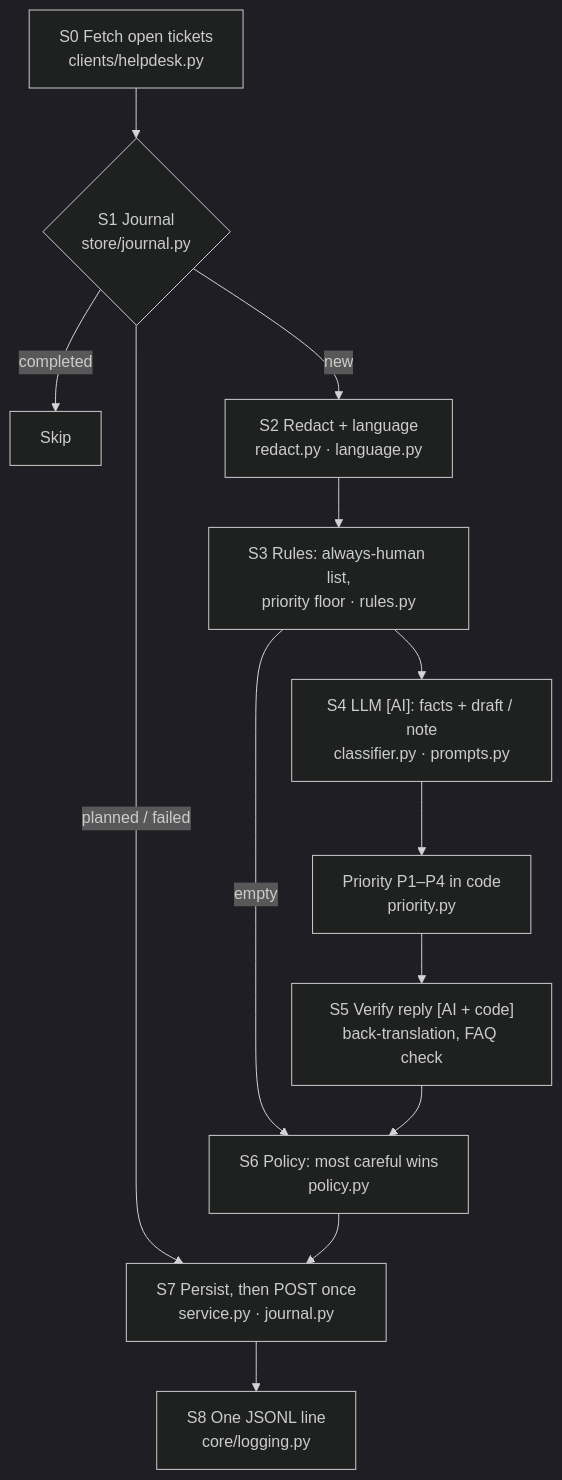
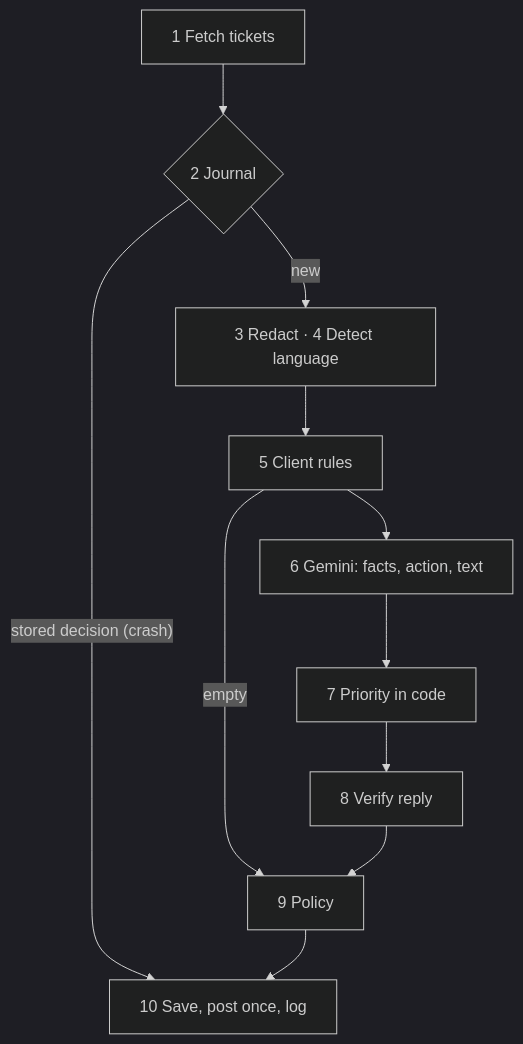
Before and after one commit to Vickey21299/-Support-ticket-agent: the diagram in README.md, drawn with Mermaid (dark theme). The commit also changed other lines of this file, not shown here.

````diff
--- a/README.md
+++ b/README.md
@@ -32,15 +55,13 @@
 ```mermaid
 flowchart TD
-    S0["S0 Fetch open tickets<br/>clients/helpdesk.py"] --> S1{"S1 Journal<br/>store/journal.py"}
-    S1 -->|completed| SKIP[Skip]
-    S1 -->|planned / failed| S7
-    S1 -->|new| S2["S2 Redact + language<br/>redact.py · language.py"]
-    S2 --> S3["S3 Rules: always-human list,<br/>priority floor · rules.py"]
+    S0["1 Fetch tickets"] --> S1{"2 Journal"}
+    S1 -->|"stored decision (crash)"| S7
+    S1 -->|new| S2["3 Redact · 4 Detect language"]
+    S2 --> S3["5 Client rules"]
     S3 -->|empty| S6
-    S3 --> S4["S4 LLM [AI]: facts + draft / note<br/>classifier.py · prompts.py"]
-    S4 --> PR["Priority P1–P4 in code<br/>priority.py"]
-    PR --> S5["S5 Verify reply [AI + code]<br/>back-translation, FAQ check"]
-    S5 --> S6["S6 Policy: most careful wins<br/>policy.py"]
-    S6 --> S7["S7 Persist, then POST once<br/>service.py · journal.py"]
-    S7 --> S8["S8 One JSONL line<br/>core/logging.py"]
+    S3 --> S4["6 Gemini: facts, action, text"]
+    S4 --> PR["7 Priority in code"]
+    PR --> S5["8 Verify reply"]
+    S5 --> S6["9 Policy"]
+    S6 --> S7["10 Save, post once, log"]
 ```
````
